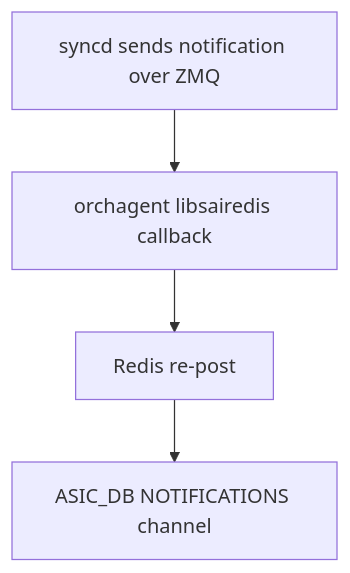
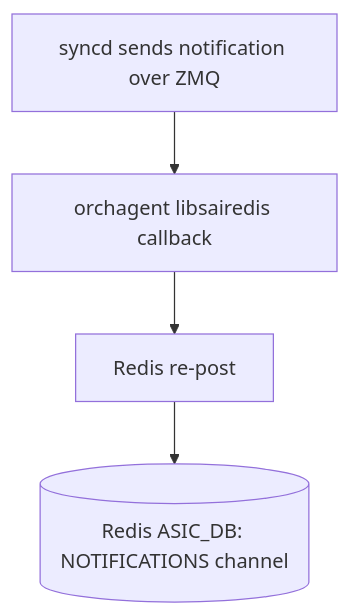
The tenth of 11 diagrams in hld/zmq-southbound-sai-notification-handling.md (sonic-net/sonic-buildimage), drawn with Mermaid before and after one commit. The commit also changed other lines of this file, not shown here.

First line of the commit message:
Update ZMQ southbound SAI notification HLD diagrams

````diff
--- a/hld/zmq-southbound-sai-notification-handling.md
+++ b/hld/zmq-southbound-sai-notification-handling.md
@@ -632,11 +729,11 @@
 ```mermaid
 flowchart TD
     zmqNotification["syncd sends notification over ZMQ"]
     libsairedisCallback["orchagent libsairedis callback"]
     redisRepost["Redis re-post"]
-    redisNotifications["ASIC_DB NOTIFICATIONS channel"]
+    redisNotifications[("Redis ASIC_DB: NOTIFICATIONS channel")]
 
     zmqNotification --> libsairedisCallback
     libsairedisCallback --> redisRepost
     redisRepost --> redisNotifications
 ```
````
